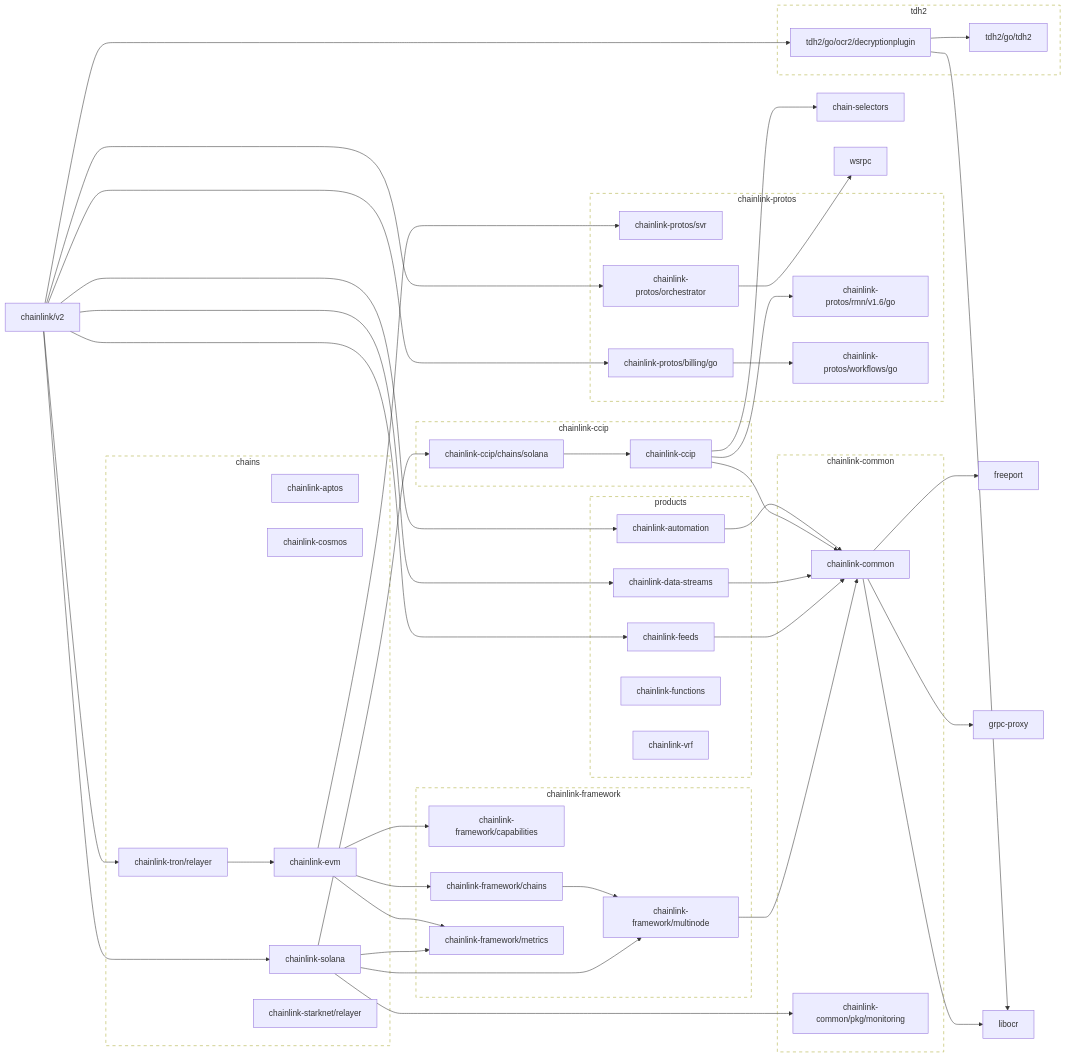
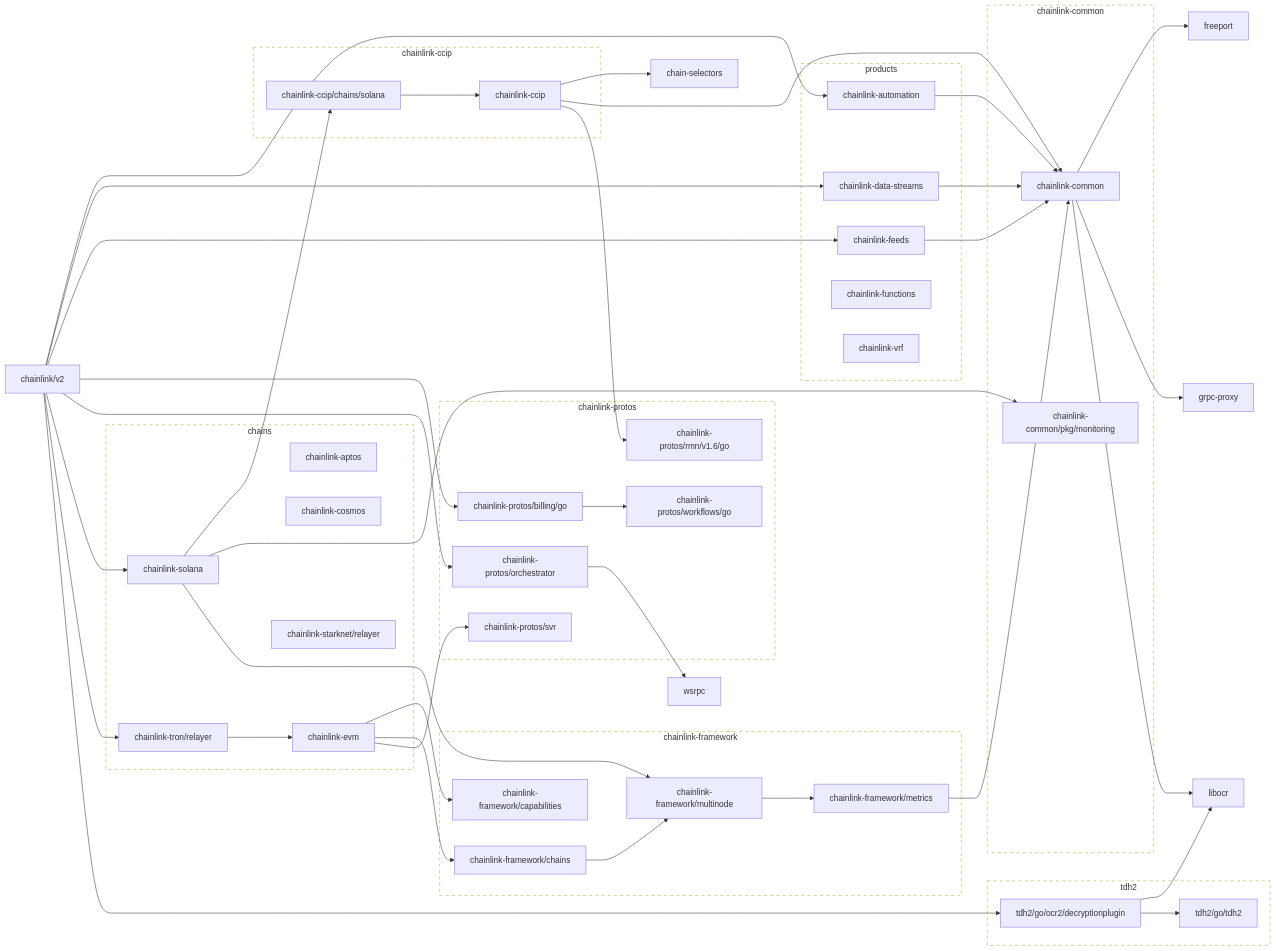
One commit to JohnDaWalka/chainlink changed the first of 2 diagrams in go.md. Above: the diagram before and after it, drawn with Mermaid. The commit also changed other lines of this file and 26 other files, not shown here.

First line of the commit message:
Integrate Framework Metrics with Beholder (#17480)

```diff
--- a/go.md
+++ b/go.md
@@ -42,7 +42,6 @@
 	click chainlink-data-streams href "https://github.com/smartcontractkit/chainlink-data-streams"
 	chainlink-evm --> chainlink-framework/capabilities
 	chainlink-evm --> chainlink-framework/chains
-	chainlink-evm --> chainlink-framework/metrics
 	chainlink-evm --> chainlink-protos/svr
 	click chainlink-evm href "https://github.com/smartcontractkit/chainlink-evm"
 	chainlink-feeds --> chainlink-common
@@ -51,9 +50,9 @@
 	click chainlink-framework/capabilities href "https://github.com/smartcontractkit/chainlink-framework"
 	chainlink-framework/chains --> chainlink-framework/multinode
 	click chainlink-framework/chains href "https://github.com/smartcontractkit/chainlink-framework"
-	chainlink-framework/metrics
+	chainlink-framework/metrics --> chainlink-common
 	click chainlink-framework/metrics href "https://github.com/smartcontractkit/chainlink-framework"
-	chainlink-framework/multinode --> chainlink-common
+	chainlink-framework/multinode --> chainlink-framework/metrics
 	click chainlink-framework/multinode href "https://github.com/smartcontractkit/chainlink-framework"
 	chainlink-protos/billing/go --> chainlink-protos/workflows/go
 	click chainlink-protos/billing/go href "https://github.com/smartcontractkit/chainlink-protos"
@@ -67,7 +66,6 @@
 	click chainlink-protos/workflows/go href "https://github.com/smartcontractkit/chainlink-protos"
 	chainlink-solana --> chainlink-ccip/chains/solana
 	chainlink-solana --> chainlink-common/pkg/monitoring
-	chainlink-solana --> chainlink-framework/metrics
 	chainlink-solana --> chainlink-framework/multinode
 	click chainlink-solana href "https://github.com/smartcontractkit/chainlink-solana"
 	chainlink-tron/relayer --> chainlink-evm
```
